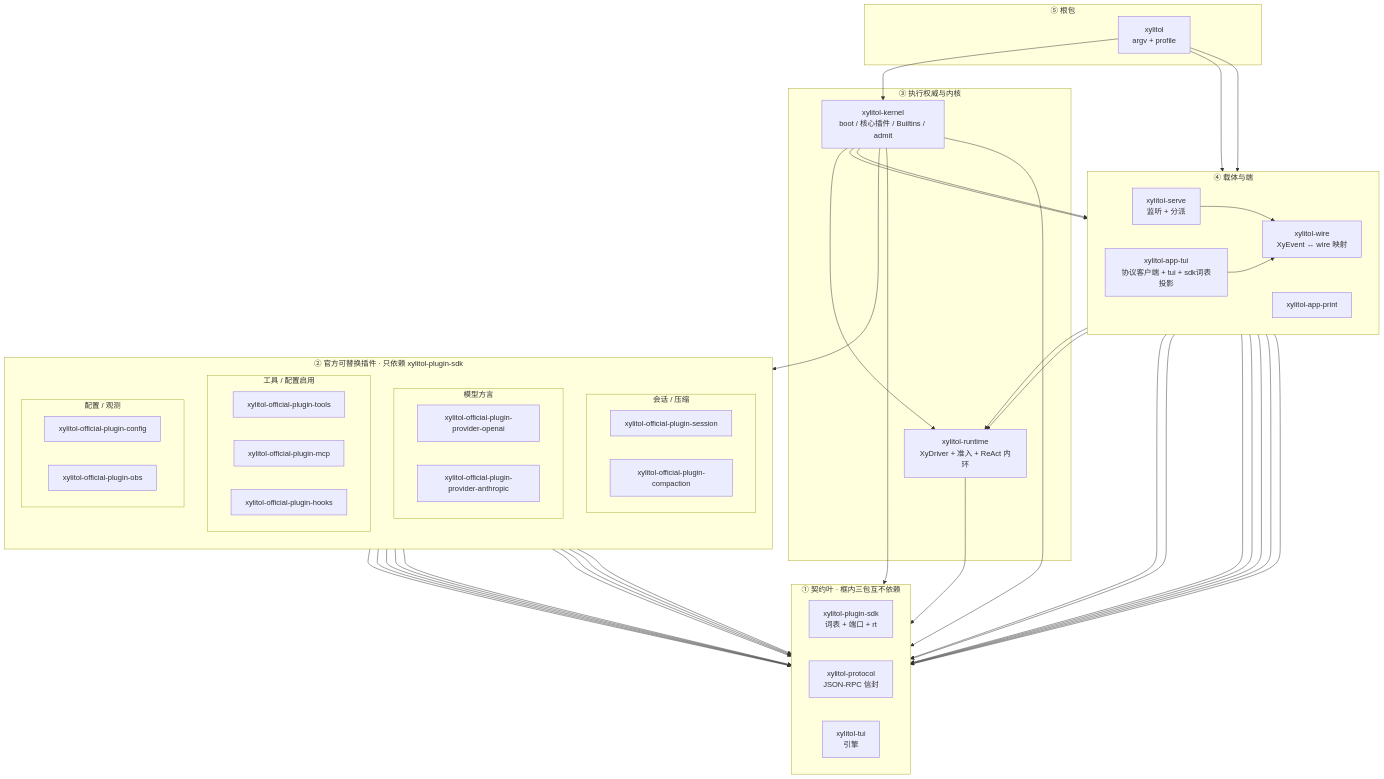
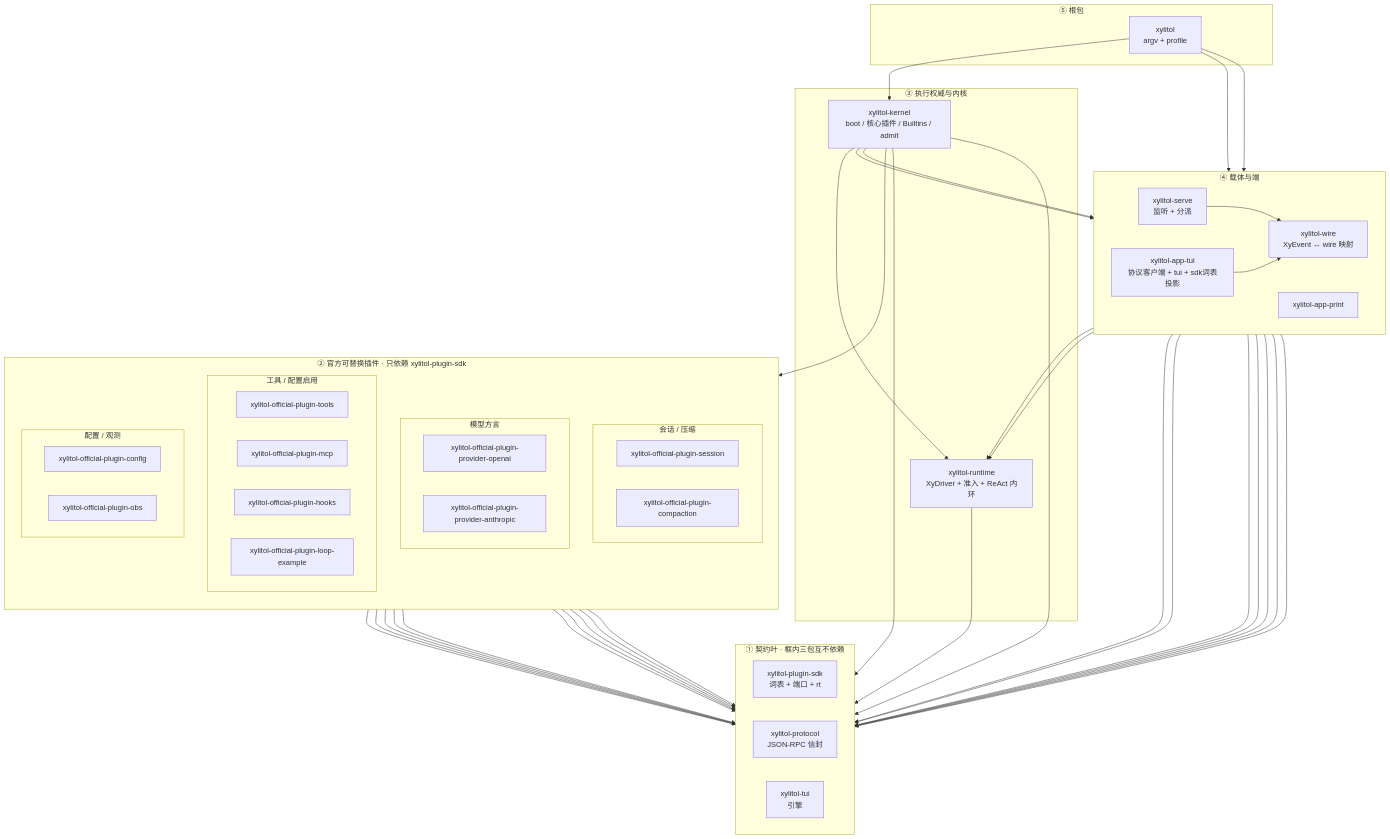
Before and after one commit to StrayDragon/xylitol: the diagram in src/AGENTS.md, drawn with Mermaid. The commit also changed other lines of this file and 45 other files, not shown here.

```diff
--- a/src/AGENTS.md
+++ b/src/AGENTS.md
@@ -44,6 +44,7 @@
       xylitol_official_plugin_tools["xylitol-official-plugin-tools"]
       xylitol_official_plugin_mcp["xylitol-official-plugin-mcp"]
       xylitol_official_plugin_hooks["xylitol-official-plugin-hooks"]
+      xylitol_official_plugin_loop_example["xylitol-official-plugin-loop-example"]
     end
     subgraph plugins_host["配置 / 观测"]
       direction LR
@@ -76,6 +77,7 @@
   xylitol_official_plugin_tools --> xylitol_plugin_sdk
   xylitol_official_plugin_mcp --> xylitol_plugin_sdk
   xylitol_official_plugin_hooks --> xylitol_plugin_sdk
+  xylitol_official_plugin_loop_example --> xylitol_plugin_sdk
   xylitol_official_plugin_config --> xylitol_plugin_sdk
   xylitol_official_plugin_obs --> xylitol_plugin_sdk
   xylitol_runtime --> xylitol_plugin_sdk
```
